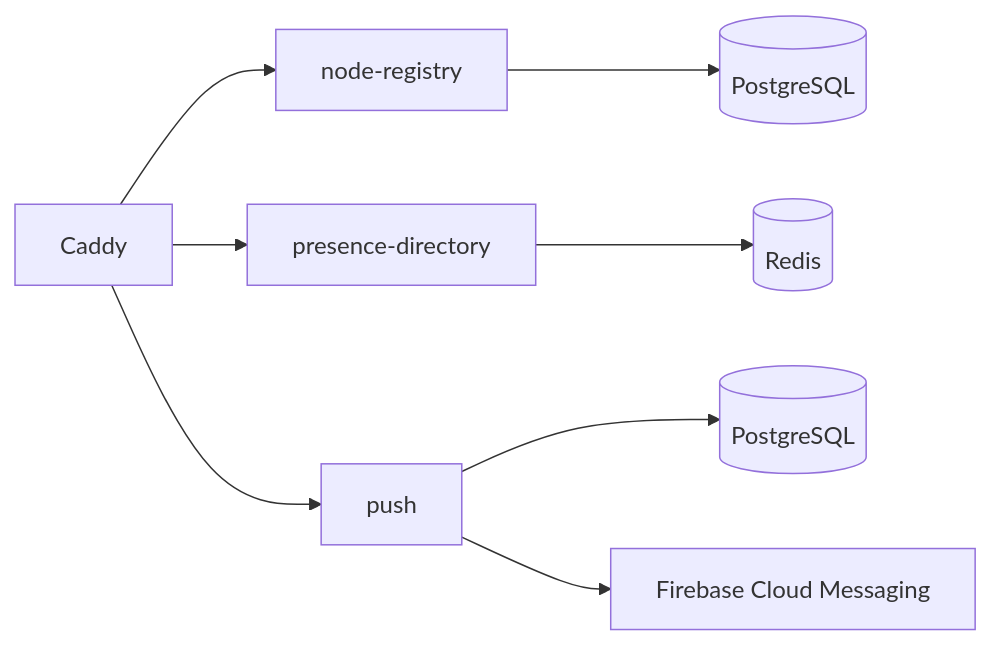
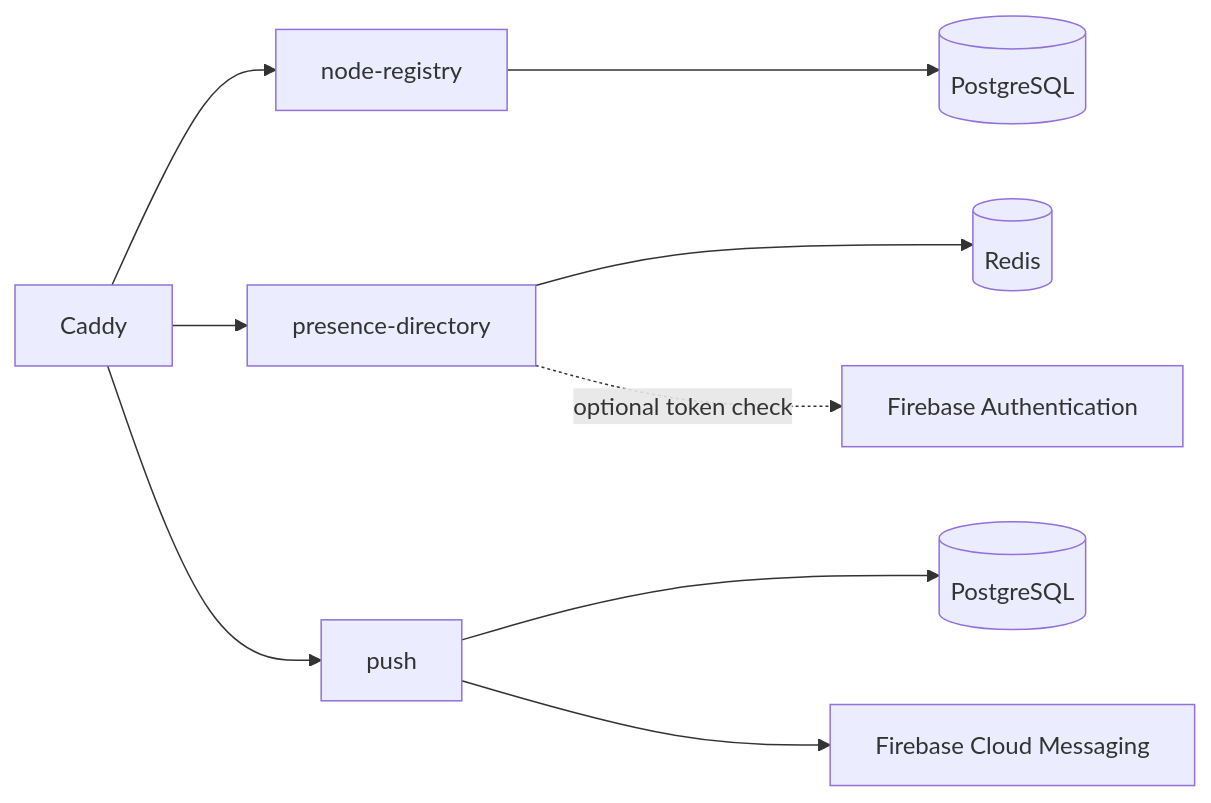
One commit to cbgm/Sparrow changed the diagram in docs/server/control-plane.md. Above: the diagram before and after it, drawn with Mermaid. The commit also changed other lines of this file and 102 other files, not shown here.

````diff
--- a/docs/server/control-plane.md
+++ b/docs/server/control-plane.md
@@ -9,10 +9,11 @@
 ```mermaid
 flowchart LR
     C[Caddy] --> R[node-registry]
     C --> P[presence-directory]
     C --> U[push]
     R --> RDB[(PostgreSQL)]
     P --> REDIS[(Redis)]
     U --> UDB[(PostgreSQL)]
     U --> FCM[Firebase Cloud Messaging]
+    P -. optional token check .-> FA[Firebase Authentication]
 ```
````
